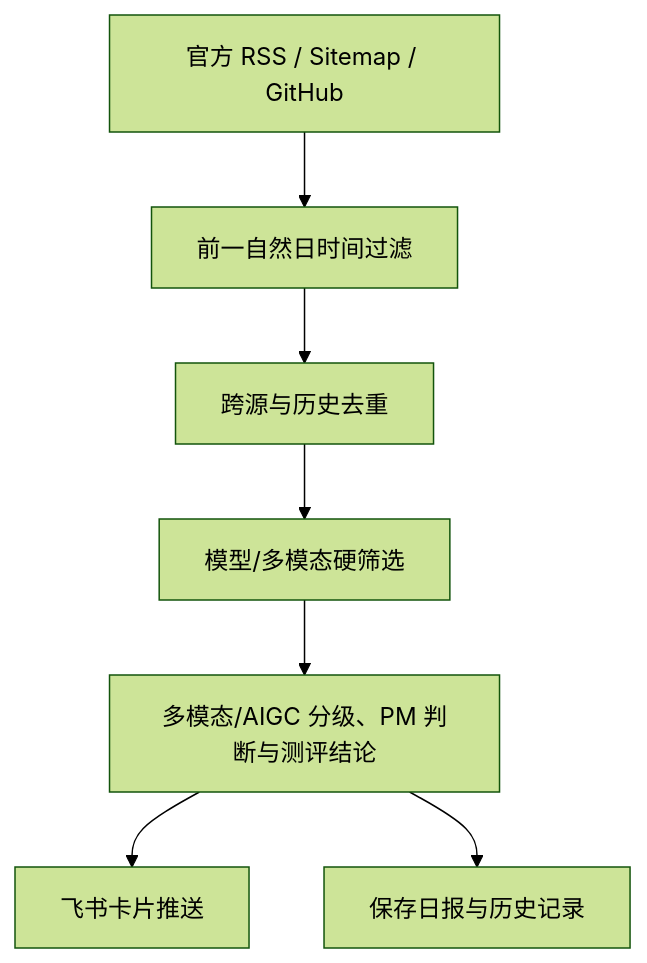
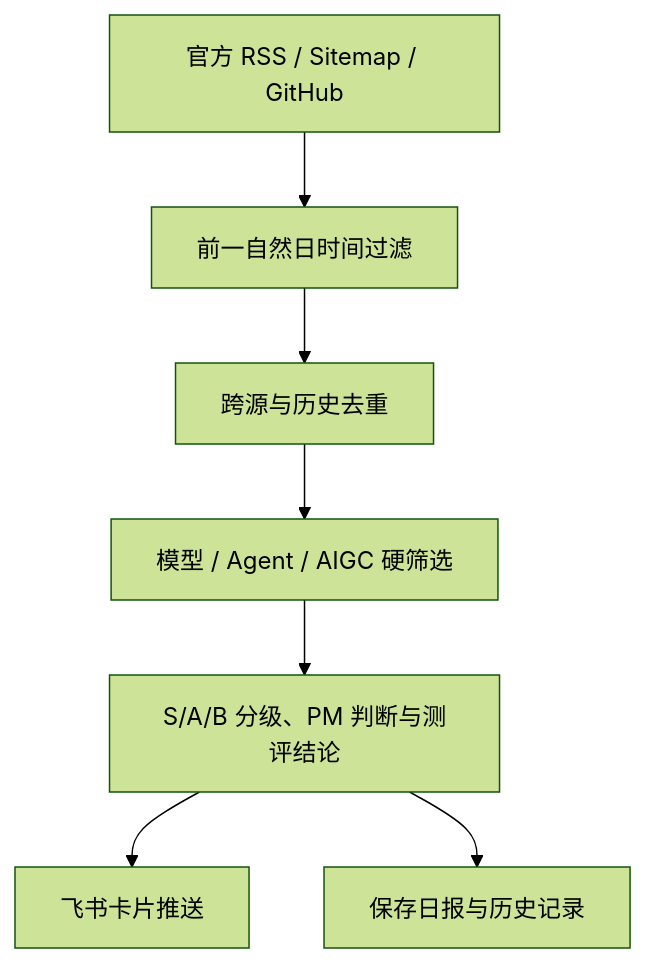
The diagram in README.md (2735298908-dev/AIan), drawn with Mermaid (forest theme) before and after one commit. The commit also changed other lines of this file and 3 other files, not shown here.

````diff
--- a/README.md
+++ b/README.md
@@ -19,9 +19,9 @@
 ```mermaid
 flowchart TD
     A["官方 RSS / Sitemap / GitHub"] --> B["前一自然日时间过滤"]
     B --> C["跨源与历史去重"]
-    C --> D["模型/多模态硬筛选"]
-    D --> E["多模态/AIGC 分级、PM 判断与测评结论"]
+    C --> D["模型 / Agent / AIGC 硬筛选"]
+    D --> E["S/A/B 分级、PM 判断与测评结论"]
     E --> F["飞书卡片推送"]
     E --> G["保存日报与历史记录"]
 ```
````
